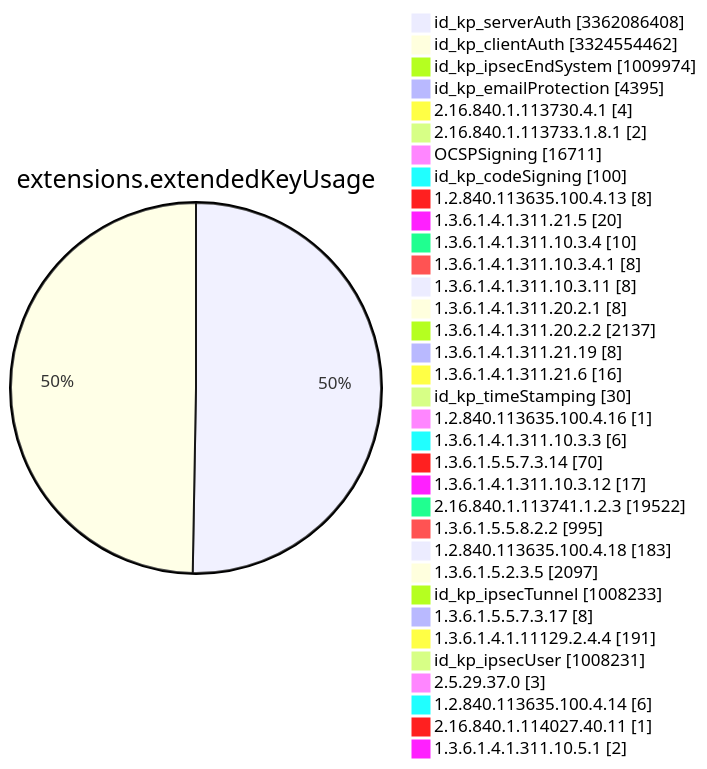
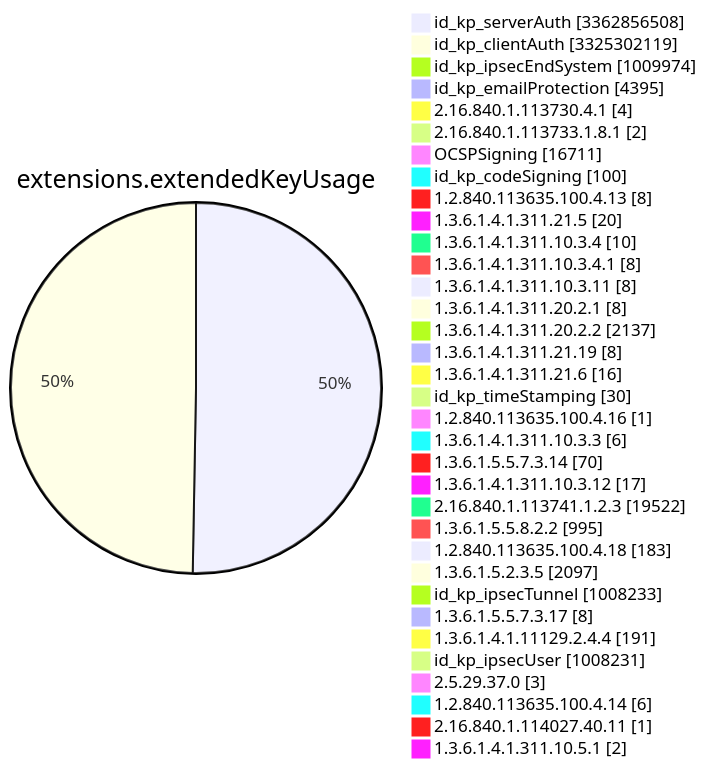
Diagram 11 of 15 in TOTAL/README.md (christiankrug/ctmonitor_visualization), drawn with Mermaid before and after one commit. The commit also changed other lines of this file, not shown here.

````diff
--- a/TOTAL/README.md
+++ b/TOTAL/README.md
@@ -4120,38 +4120,38 @@
 ```mermaid
 pie showData
 title extensions.extendedKeyUsage
-"id_kp_serverAuth" :3362086408
-"id_kp_clientAuth" :3324554462
+"id_kp_serverAuth" :3362856508
+"id_kp_clientAuth" :3325302119
 "id_kp_ipsecEndSystem" :1009974
 "id_kp_emailProtection" :4395
 "2.16.840.1.113730.4.1" :4
 "2.16.840.1.113733.1.8.1" :2
 "OCSPSigning" :16711
 "id_kp_codeSigning" :100
 "1.2.840.113635.100.4.13" :8
 "1.3.6.1.4.1.311.21.5" :20
 "1.3.6.1.4.1.311.10.3.4" :10
 "1.3.6.1.4.1.311.10.3.4.1" :8
 "1.3.6.1.4.1.311.10.3.11" :8
 "1.3.6.1.4.1.311.20.2.1" :8
 "1.3.6.1.4.1.311.20.2.2" :2137
 "1.3.6.1.4.1.311.21.19" :8
 "1.3.6.1.4.1.311.21.6" :16
 "id_kp_timeStamping" :30
 "1.2.840.113635.100.4.16" :1
 "1.3.6.1.4.1.311.10.3.3" :6
 "1.3.6.1.5.5.7.3.14" :70
 "1.3.6.1.4.1.311.10.3.12" :17
 "2.16.840.1.113741.1.2.3" :19522
 "1.3.6.1.5.5.8.2.2" :995
 "1.2.840.113635.100.4.18" :183
 "1.3.6.1.5.2.3.5" :2097
 "id_kp_ipsecTunnel" :1008233
 "1.3.6.1.5.5.7.3.17" :8
 "1.3.6.1.4.1.11129.2.4.4" :191
 "id_kp_ipsecUser" :1008231
 "2.5.29.37.0" :3
 "1.2.840.113635.100.4.14" :6
 "2.16.840.1.114027.40.11" :1
 "1.3.6.1.4.1.311.10.5.1" :2
 ```
````
